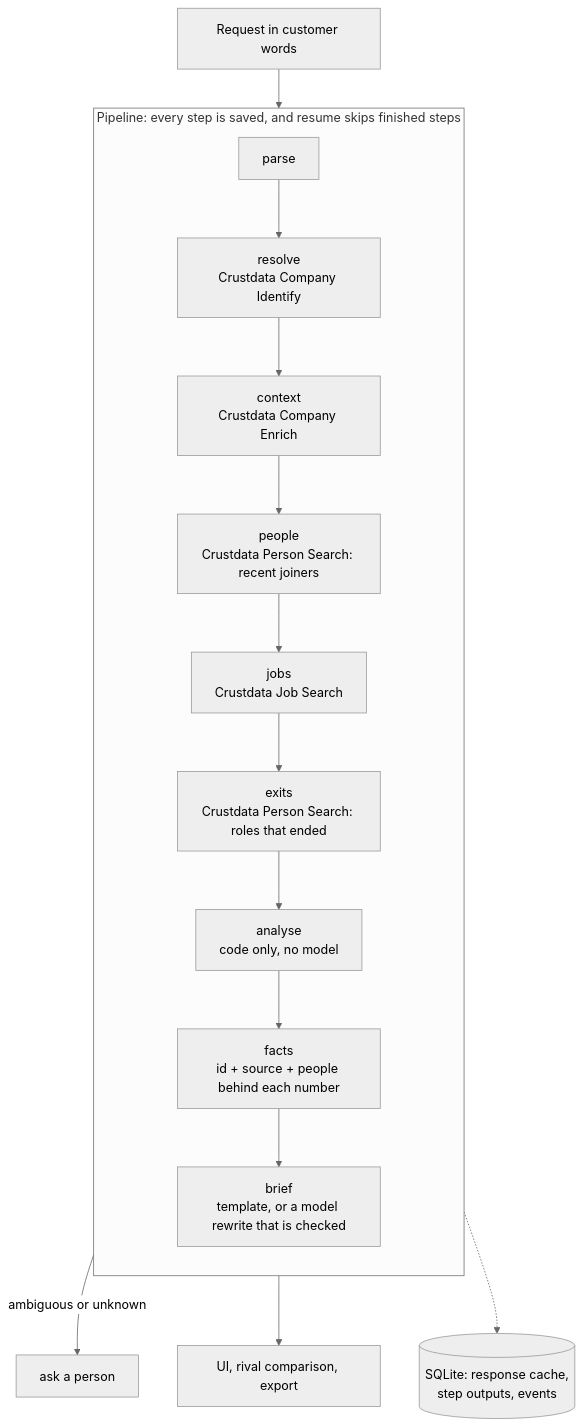
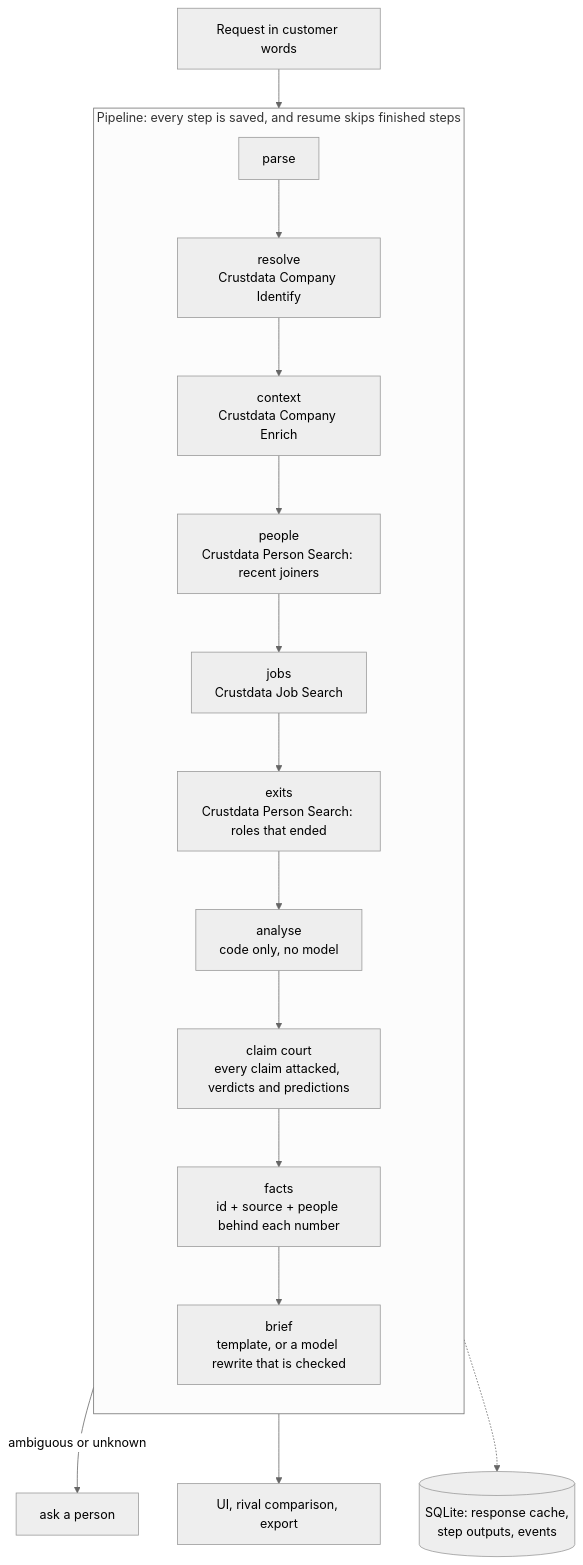
Before and after one commit to ShivanshuJ/Market_Universe: the diagram in README.md, drawn with Mermaid (neutral theme). The commit also changed other lines of this file, not shown here.

Commit message:
Document Claim Court and the card interface

````diff
--- a/README.md
+++ b/README.md
@@ -27,18 +52,19 @@
 ```mermaid
 flowchart TB
   Q["Request in customer words"] --> P
   subgraph Pipeline["Pipeline: every step is saved, and resume skips finished steps"]
     direction TB
     P[parse] --> R["resolve<br/>Crustdata Company Identify"]
     R --> C["context<br/>Crustdata Company Enrich"]
     C --> PE["people<br/>Crustdata Person Search: recent joiners"]
     PE --> J["jobs<br/>Crustdata Job Search"]
     J --> X["exits<br/>Crustdata Person Search: roles that ended"]
     X --> A["analyse<br/>code only, no model"]
-    A --> F["facts<br/>id + source + people behind each number"]
+    A --> CT["claim court<br/>every claim attacked, verdicts and predictions"]
+    CT --> F["facts<br/>id + source + people behind each number"]
     F --> B["brief<br/>template, or a model rewrite that is checked"]
   end
   R -- "ambiguous or unknown" --> H["ask a person"]
   B --> UI["UI, rival comparison, export"]
   Pipeline -.-> DB[("SQLite: response cache,<br/>step outputs, events")]
 ```
````
